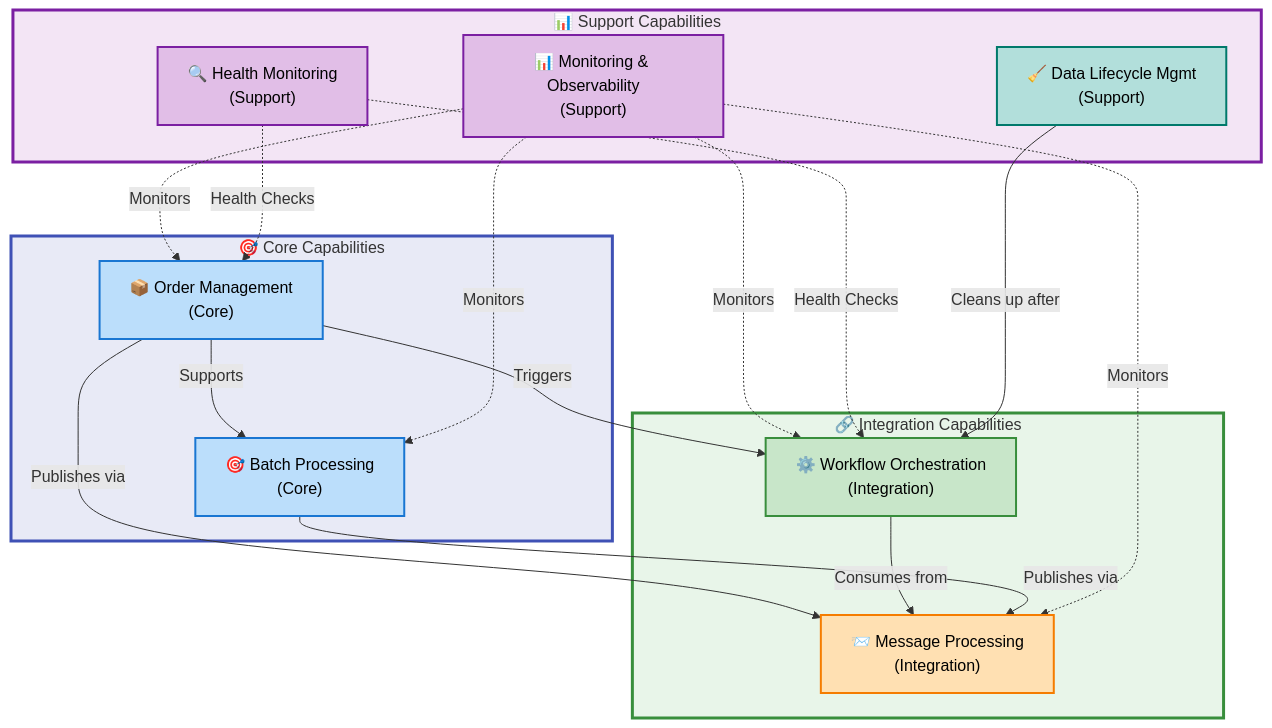
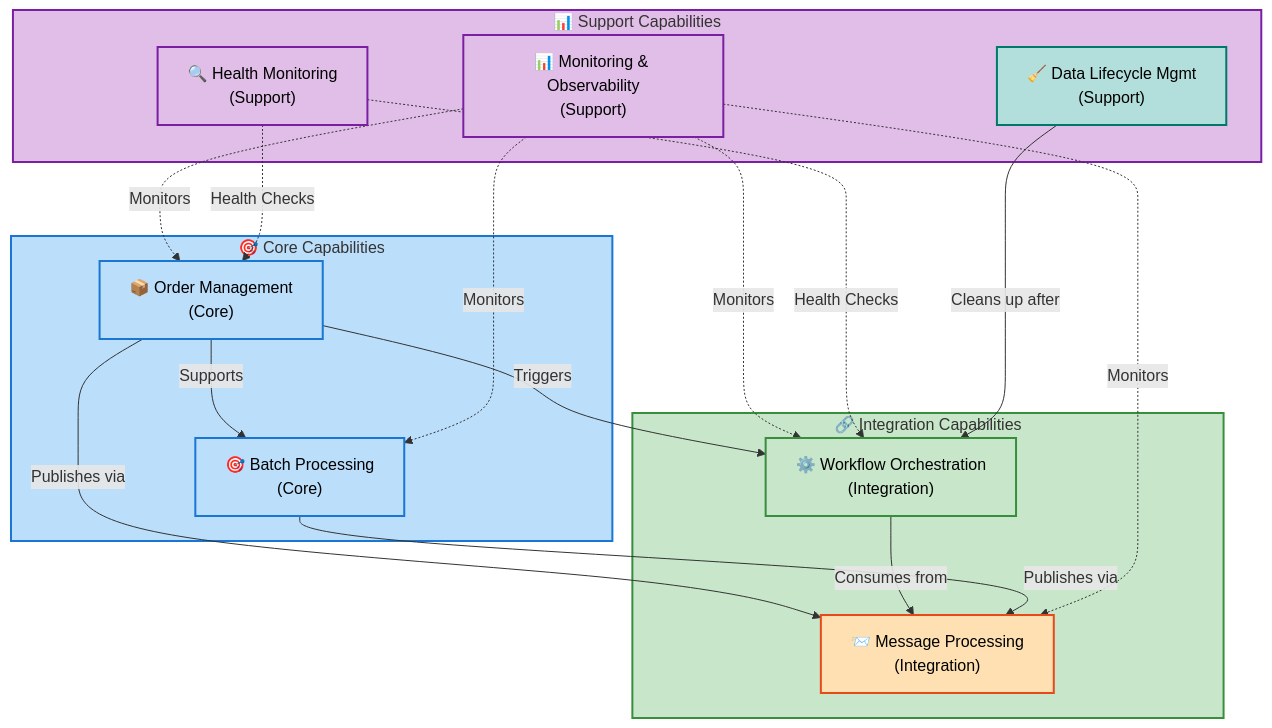
One commit to Evilazaro/Azure-LogicApps-Monitoring changed the second of 6 diagrams in docs/architecture/business-architecture.md. Above: the diagram before and after it, drawn with Mermaid. The commit also changed other lines of this file and 1 other file, not shown here.

Commit message:
docs: enhance color scheme documentation and accessibility features in data architecture diagrams

````diff
--- a/docs/architecture/business-architecture.md
+++ b/docs/architecture/business-architecture.md
@@ -839,55 +863,72 @@
 ```mermaid
 flowchart TB
     accTitle: Business Capability Dependencies
     accDescr: Shows dependencies and relationships between business capabilities with color-coded functional groupings
 
+    %% ============================================
+    %% STANDARD COLOR SCHEME v2.1
+    %% ============================================
+    classDef level1Group fill:#E8EAF6,stroke:#3F51B5,stroke-width:3px,color:#000
+    classDef level2Group fill:#C5CAE9,stroke:#3F51B5,stroke-width:2px,color:#000
+    classDef level3Group fill:#9FA8DA,stroke:#3F51B5,stroke-width:2px,color:#000
+    classDef level4Group fill:#7986CB,stroke:#3F51B5,stroke-width:1px,color:#000
+    classDef mainGroup fill:#E8EAF6,stroke:#3F51B5,stroke-width:3px,color:#000
+    classDef subGroup fill:#C5CAE9,stroke:#3F51B5,stroke-width:2px,color:#000
     classDef mdBlue fill:#BBDEFB,stroke:#1976D2,stroke-width:2px,color:#000
     classDef mdGreen fill:#C8E6C9,stroke:#388E3C,stroke-width:2px,color:#000
-    classDef mdOrange fill:#FFE0B2,stroke:#F57C00,stroke-width:2px,color:#000
+    classDef mdYellow fill:#FFF9C4,stroke:#F57F17,stroke-width:2px,color:#000
+    classDef mdRed fill:#FFCDD2,stroke:#D32F2F,stroke-width:2px,color:#000
+    classDef mdOrange fill:#FFE0B2,stroke:#E64A19,stroke-width:2px,color:#000
     classDef mdPurple fill:#E1BEE7,stroke:#7B1FA2,stroke-width:2px,color:#000
     classDef mdTeal fill:#B2DFDB,stroke:#00796B,stroke-width:2px,color:#000
+    classDef mdGrey fill:#F5F5F5,stroke:#616161,stroke-width:2px,color:#000
 
     OM["📦 Order Management<br/>(Core)"]:::mdBlue
     MO["📊 Monitoring & Observability<br/>(Support)"]:::mdPurple
     WO["⚙️ Workflow Orchestration<br/>(Integration)"]:::mdGreen
     MP["📨 Message Processing<br/>(Integration)"]:::mdOrange
     HM["🔍 Health Monitoring<br/>(Support)"]:::mdPurple
     BP["🎯 Batch Processing<br/>(Core)"]:::mdBlue
     DLM["🧹 Data Lifecycle Mgmt<br/>(Support)"]:::mdTeal
 
     OM -->|"Triggers"| WO
     OM -->|"Publishes via"| MP
     OM -->|"Supports"| BP
     WO -->|"Consumes from"| MP
     BP -->|"Publishes via"| MP
 
     MO -.->|"Monitors"| OM
     MO -.->|"Monitors"| WO
     MO -.->|"Monitors"| MP
     MO -.->|"Monitors"| BP
 
     HM -.->|"Health Checks"| OM
     HM -.->|"Health Checks"| WO
 
     DLM -->|"Cleans up after"| WO
 
     subgraph core["🎯 Core Capabilities"]
         OM
         BP
     end
 
     subgraph integration["🔗 Integration Capabilities"]
         WO
         MP
     end
 
     subgraph support["📊 Support Capabilities"]
         MO
         HM
         DLM
     end
 
-    style core fill:#E8EAF6,stroke:#3F51B5,stroke-width:3px
-    style integration fill:#E8F5E9,stroke:#388E3C,stroke-width:3px
-    style support fill:#F3E5F5,stroke:#7B1FA2,stroke-width:3px
+    %% ============================================
+    %% SUBGRAPH STYLING (3 subgraphs = 3 style directives)
+    %% ============================================
+    style core fill:#BBDEFB,stroke:#1976D2,stroke-width:2px
+    style integration fill:#C8E6C9,stroke:#388E3C,stroke-width:2px
+    style support fill:#E1BEE7,stroke:#7B1FA2,stroke-width:2px
+
+    %% Accessibility: WCAG AA verified (4.5:1 contrast ratio)
 ```
````
